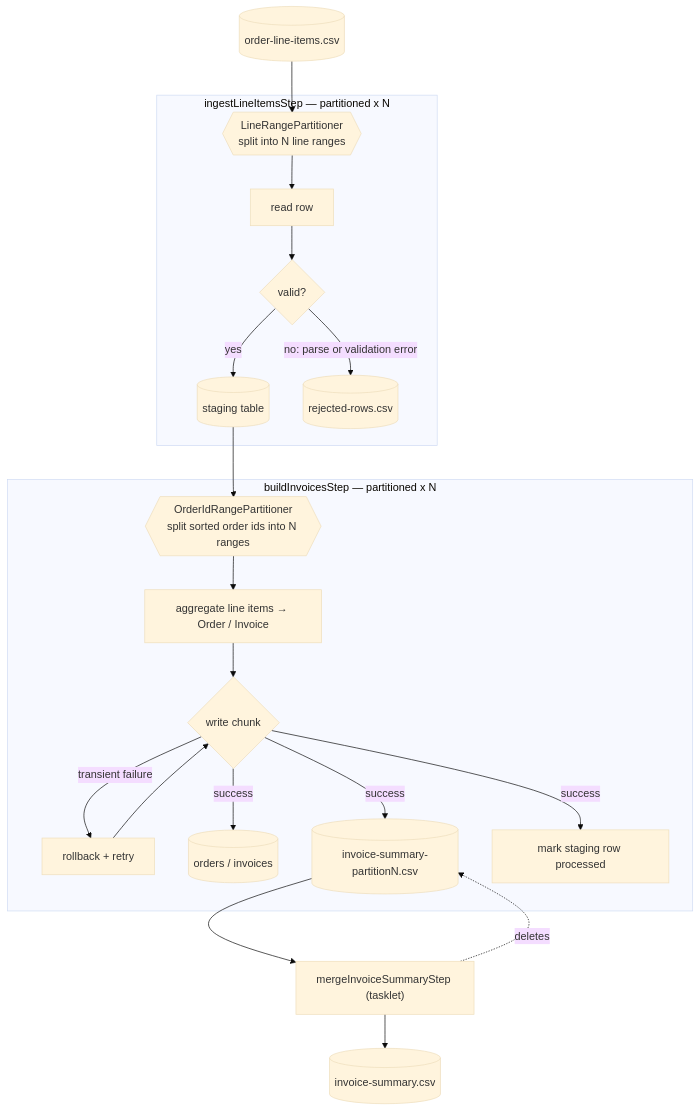
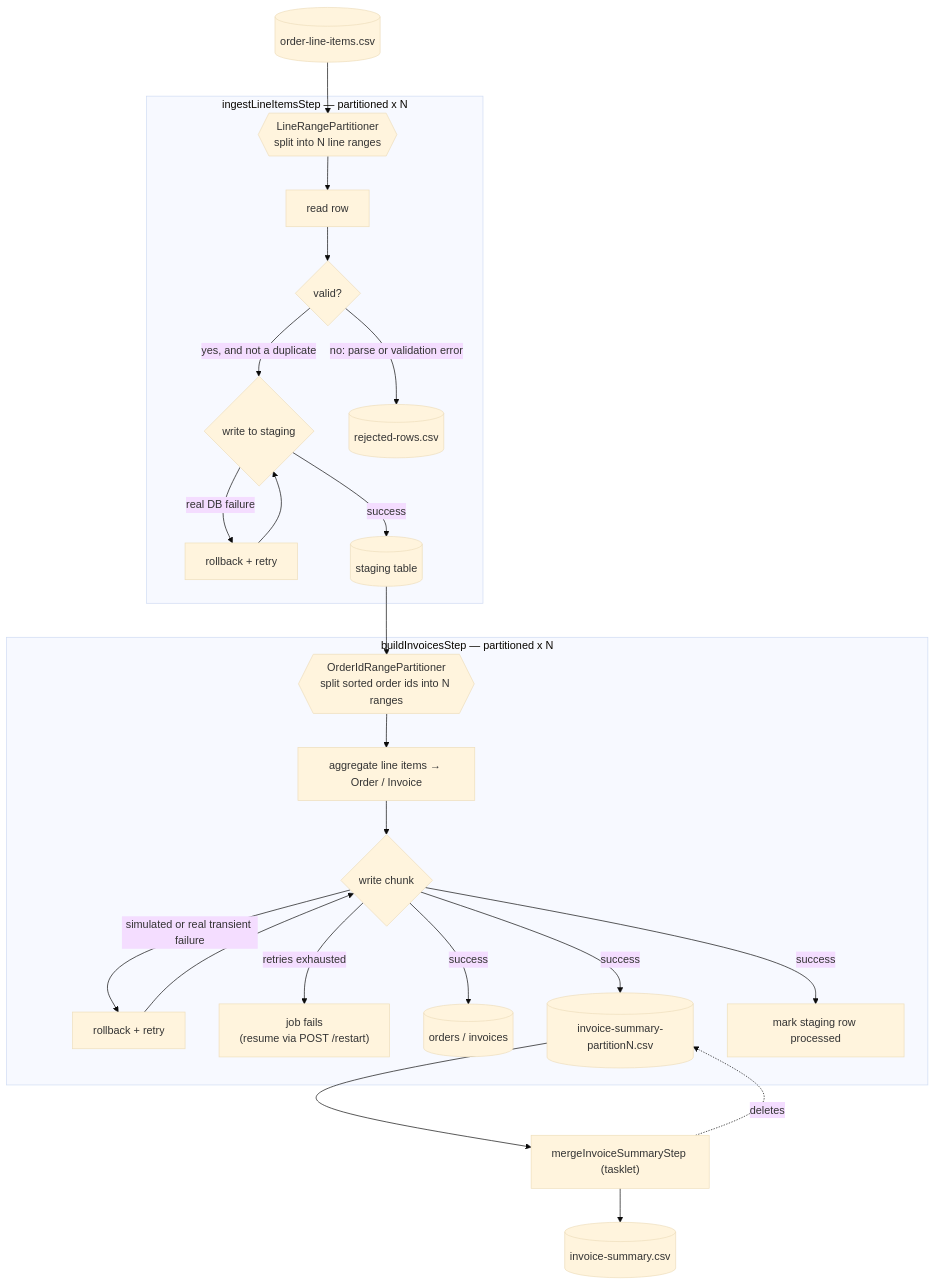
One commit to HuseyinYatar/demo-spring-batch changed the first of 2 diagrams in README.md. Above: the diagram before and after it, drawn with Mermaid (base theme). The commit also changed other lines of this file, not shown here.

Commit message:
docs: update README to clarify fault tolerance and retry mechanisms in order processing

````diff
--- a/README.md
+++ b/README.md
@@ -59,27 +60,31 @@
 ```mermaid
 flowchart TD
     CSV[("order-line-items.csv")] --> P1{{"LineRangePartitioner\nsplit into N line ranges"}}
 
     subgraph Step1["ingestLineItemsStep — partitioned x N"]
         P1 --> R1["read row"]
         R1 --> V1{"valid?"}
-        V1 -- "yes" --> STG[("staging table")]
+        V1 -- "yes, and not a duplicate" --> W1{"write to staging"}
         V1 -- "no: parse or validation error" --> REJ[("rejected-rows.csv")]
+        W1 -- "real DB failure" --> RETRY1["rollback + retry"]
+        RETRY1 --> W1
+        W1 -- "success" --> STG[("staging table")]
     end
 
     STG --> P2{{"OrderIdRangePartitioner\nsplit sorted order ids into N ranges"}}
 
     subgraph Step2["buildInvoicesStep — partitioned x N"]
         P2 --> AGG["aggregate line items → Order / Invoice"]
         AGG --> WR{"write chunk"}
-        WR -- "transient failure" --> RETRY["rollback + retry"]
-        RETRY --> WR
+        WR -- "simulated or real transient failure" --> RETRY2["rollback + retry"]
+        RETRY2 --> WR
+        WR -- "retries exhausted" --> FAIL["job fails\n(resume via POST /restart)"]
         WR -- "success" --> DB[("orders / invoices")]
         WR -- "success" --> PCSV[("invoice-summary-partitionN.csv")]
         WR -- "success" --> MARK["mark staging row processed"]
     end
 
     PCSV --> MERGE["mergeInvoiceSummaryStep (tasklet)"]
     MERGE --> FINAL[("invoice-summary.csv")]
     MERGE -. deletes .-> PCSV
 ```
````
